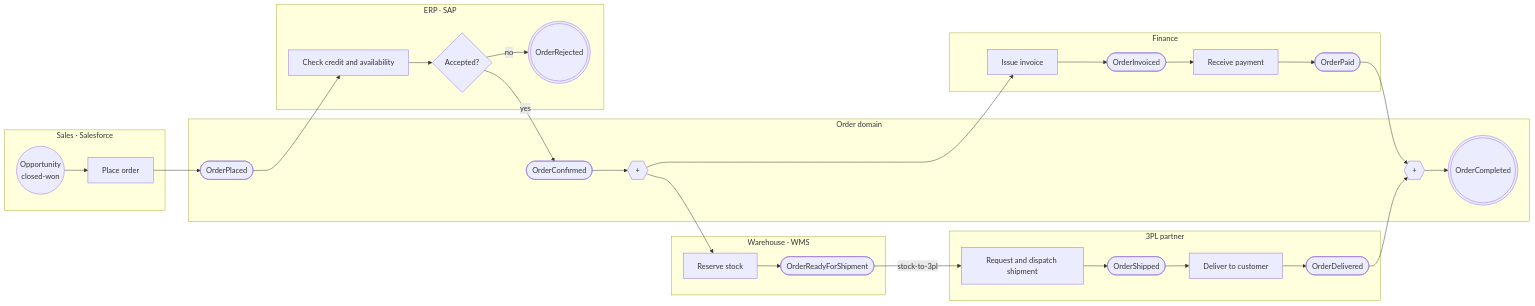
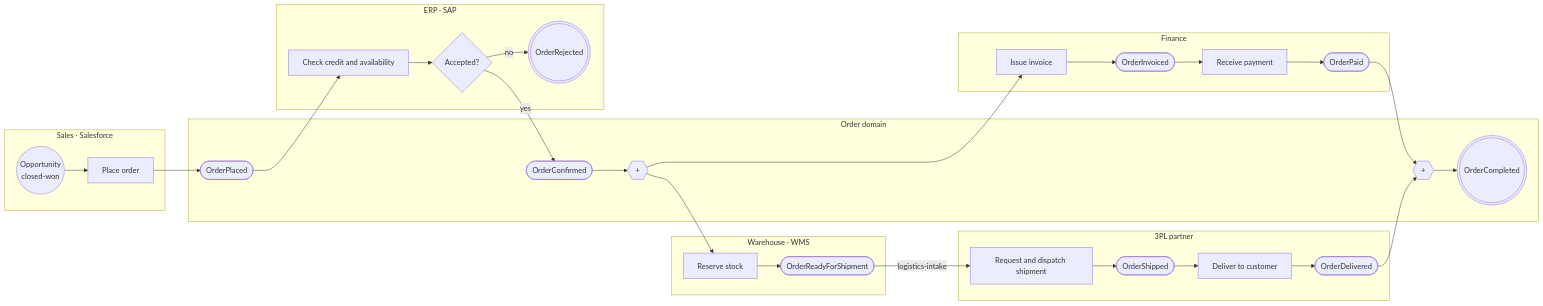
One commit to azure-intelligence-domain/process-api-order changed the sixth of 8 diagrams in README.md. Above: the diagram before and after it, drawn with Mermaid. The commit also changed other lines of this file and 2 other files, not shown here.

Commit message:
Integration flows per receiving domain (ADR 0015); data model

````diff
--- a/README.md
+++ b/README.md
@@ -226,35 +280,35 @@
 ```mermaid
 flowchart LR
     subgraph sales["Sales · Salesforce"]
         won(("Opportunity<br/>closed-won")) --> place["Place order"]
     end
     subgraph order["Order domain"]
         placed(["OrderPlaced"])
         confirmed(["OrderConfirmed"])
         split{{"+"}}
         join{{"+"}}
         completed((("OrderCompleted")))
     end
     subgraph erp["ERP · SAP"]
         check["Check credit and availability"] --> accepted{"Accepted?"}
         rejected((("OrderRejected")))
     end
     subgraph finance["Finance"]
         invoice["Issue invoice"] --> invoiced(["OrderInvoiced"]) --> payment["Receive payment"] --> paid(["OrderPaid"])
     end
     subgraph warehouse["Warehouse · WMS"]
         reserve["Reserve stock"] --> ready(["OrderReadyForShipment"])
     end
     subgraph tpl["3PL partner"]
         ship["Request and dispatch shipment"] --> shipped(["OrderShipped"]) --> deliver["Deliver to customer"] --> delivered(["OrderDelivered"])
     end
     place --> placed --> check
     accepted -- no --> rejected
     accepted -- yes --> confirmed --> split
     split --> invoice
     split --> reserve
-    ready -- "stock-to-3pl" --> ship
+    ready -- "logistics-intake" --> ship
     paid --> join
     delivered --> join
     join --> completed
 ```
````
